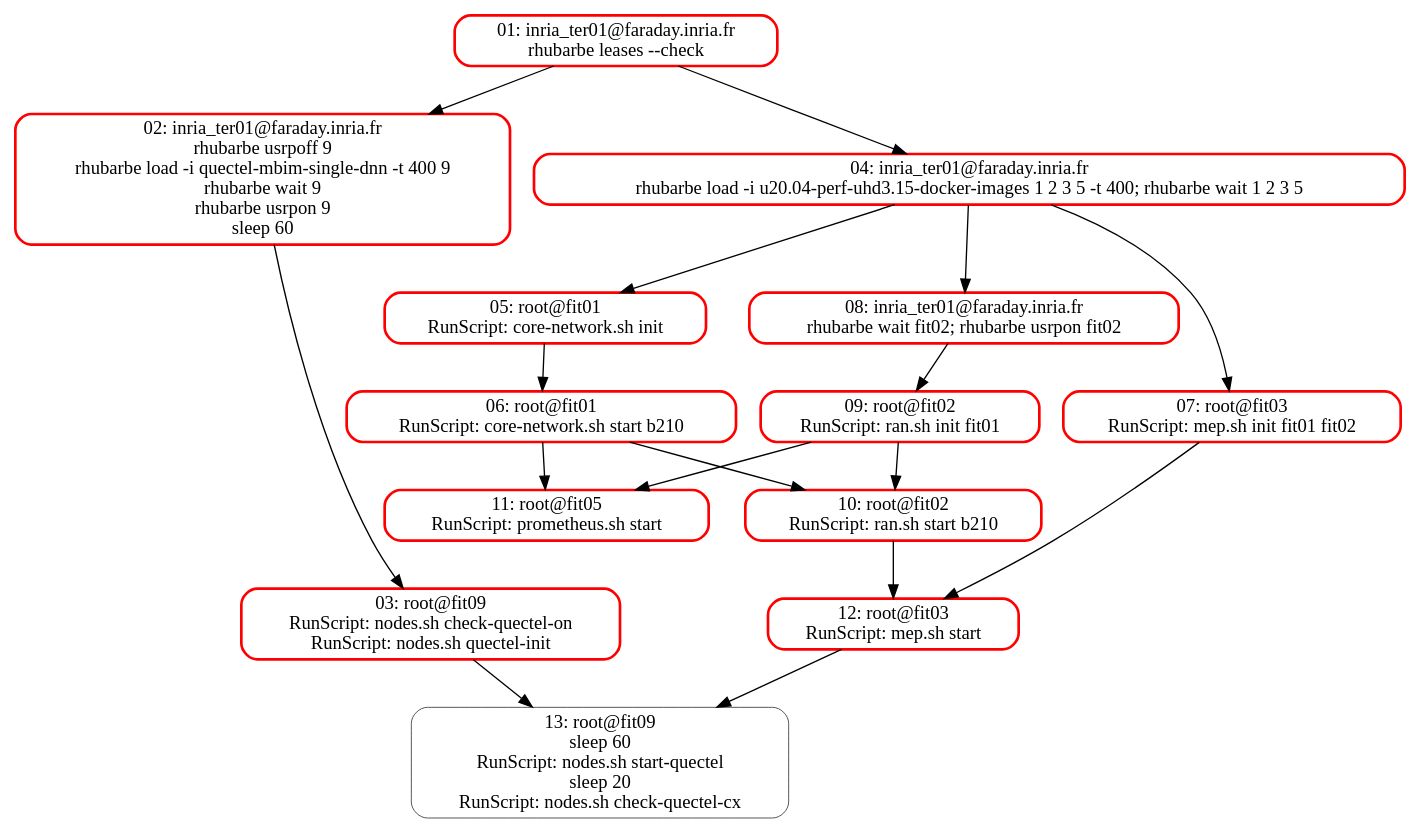
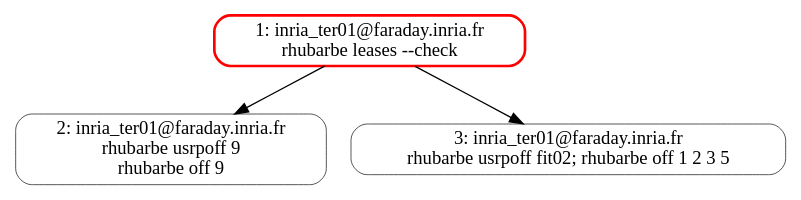
The diagram in demo-mep-graph.dot (yassir63/oai5g-mep), drawn with Graphviz before and after one commit. The commit also changed 3 other files, not shown here.

```diff
--- a/demo-mep-graph.dot
+++ b/demo-mep-graph.dot
@@ -1,54 +1,13 @@
 digraph asynciojobs{
 compound=true;
 graph [];
-01 [style="rounded",label="01: inria_ter01@faraday.inria.fr
+1 [style="rounded",label="1: inria_ter01@faraday.inria.fr
 rhubarbe leases --check",shape="box",color="red",penwidth="2"]
-02 [style="rounded",label="02: inria_ter01@faraday.inria.fr
+2 [style="rounded",label="2: inria_ter01@faraday.inria.fr
 rhubarbe usrpoff 9
-rhubarbe load -i quectel-mbim-single-dnn -t 400 9
-rhubarbe wait 9
-rhubarbe usrpon 9
-sleep 60",shape="box",color="red",penwidth="2"]
-01 -> 02;
-03 [style="rounded",label="03: root@fit09
-RunScript: nodes.sh check-quectel-on
-RunScript: nodes.sh quectel-init",shape="box",color="red",penwidth="2"]
-02 -> 03;
-04 [style="rounded",label="04: inria_ter01@faraday.inria.fr
-rhubarbe load -i u20.04-perf-uhd3.15-docker-images 1 2 3 5 -t 400; rhubarbe wait 1 2 3 5",shape="box",color="red",penwidth="2"]
-01 -> 04;
-05 [style="rounded",label="05: root@fit01
-RunScript: core-network.sh init",shape="box",color="red",penwidth="2"]
-04 -> 05;
-06 [style="rounded",label="06: root@fit01
-RunScript: core-network.sh start b210",shape="box",color="red",penwidth="2"]
-05 -> 06;
-07 [style="rounded",label="07: root@fit03
-RunScript: mep.sh init fit01 fit02",shape="box",color="red",penwidth="2"]
-04 -> 07;
-08 [style="rounded",label="08: inria_ter01@faraday.inria.fr
-rhubarbe wait fit02; rhubarbe usrpon fit02",shape="box",color="red",penwidth="2"]
-04 -> 08;
-09 [style="rounded",label="09: root@fit02
-RunScript: ran.sh init fit01",shape="box",color="red",penwidth="2"]
-08 -> 09;
-10 [style="rounded",label="10: root@fit02
-RunScript: ran.sh start b210",shape="box",color="red",penwidth="2"]
-06 -> 10;
-09 -> 10;
-11 [style="rounded",label="11: root@fit05
-RunScript: prometheus.sh start",shape="box",color="red",penwidth="2"]
-06 -> 11;
-09 -> 11;
-12 [style="rounded",label="12: root@fit03
-RunScript: mep.sh start",shape="box",color="red",penwidth="2"]
-10 -> 12;
-07 -> 12;
-13 [style="rounded",label="13: root@fit09
-sleep 60
-RunScript: nodes.sh start-quectel
-sleep 20
-RunScript: nodes.sh check-quectel-cx",shape="box",penwidth="0.5"]
-03 -> 13;
-12 -> 13;
+rhubarbe off 9",shape="box",penwidth="0.5"]
+1 -> 2;
+3 [style="rounded",label="3: inria_ter01@faraday.inria.fr
+rhubarbe usrpoff fit02; rhubarbe off 1 2 3 5",shape="box",penwidth="0.5"]
+1 -> 3;
 }
```
